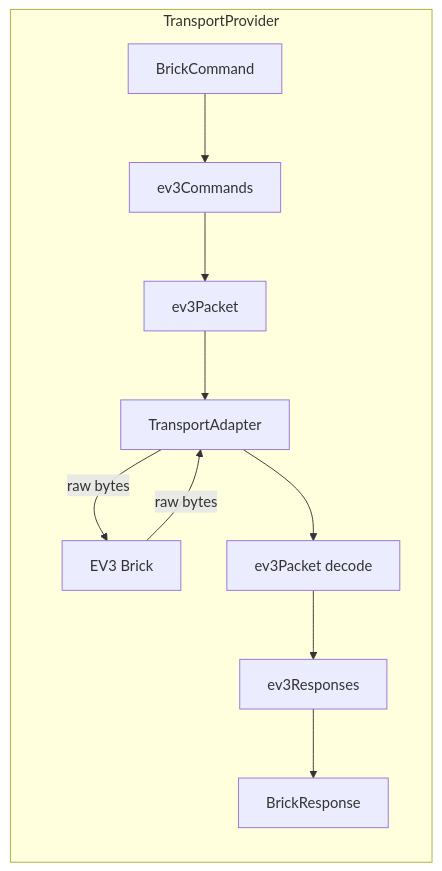
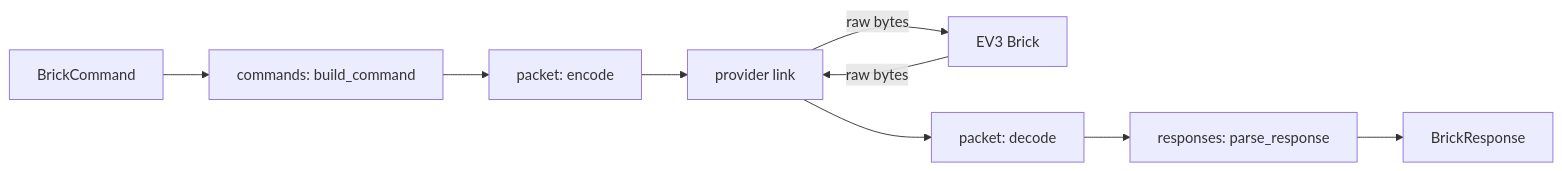
The second of 5 diagrams in DESIGN.md (99LevelsUp/ev3-cockpit), drawn with Mermaid before and after one commit. The commit also changed other lines of this file and 36 other files, not shown here.

````diff
--- a/DESIGN.md
+++ b/DESIGN.md
@@ -151,14 +158,11 @@
 ```mermaid
 graph LR
-    subgraph TransportProvider
-        CMD[BrickCommand]
-        CMD --> ENC[ev3Commands]
-        ENC --> PKT[ev3Packet]
-        PKT --> ADP[TransportAdapter]
-        ADP -->|raw bytes| BRICK[EV3 Brick]
-        BRICK -->|raw bytes| ADP
-        ADP --> DPKT[ev3Packet decode]
-        DPKT --> RESP[ev3Responses]
-        RESP --> RES[BrickResponse]
-    end
+    CMD[BrickCommand] --> ENC[commands: build_command]
+    ENC --> PKT[packet: encode]
+    PKT --> LINK[provider link]
+    LINK -->|raw bytes| BRICK[EV3 Brick]
+    BRICK -->|raw bytes| LINK
+    LINK --> DPKT[packet: decode]
+    DPKT --> RESP[responses: parse_response]
+    RESP --> RES[BrickResponse]
 ```
````
